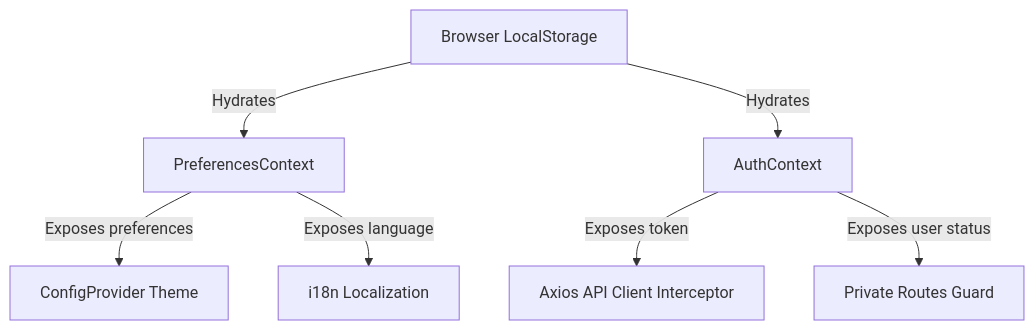
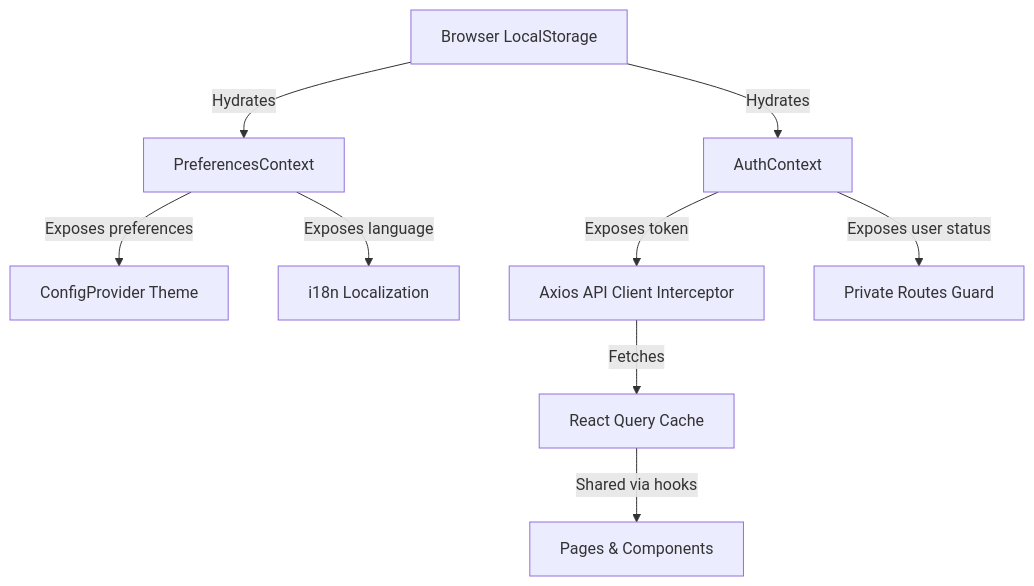
The first of 2 diagrams in docs/architecture.md (nico-iaco/nexabudget-fe), drawn with Mermaid before and after one commit. The commit also changed other lines of this file and 25 other files, not shown here.

````diff
--- a/docs/architecture.md
+++ b/docs/architecture.md
@@ -40,9 +80,11 @@
 ```mermaid
 flowchart TD
     A[Browser LocalStorage] -->|Hydrates| B[PreferencesContext]
     A -->|Hydrates| C[AuthContext]
     B -->|Exposes preferences| D[ConfigProvider Theme]
     B -->|Exposes language| E[i18n Localization]
     C -->|Exposes token| F[Axios API Client Interceptor]
     C -->|Exposes user status| G[Private Routes Guard]
+    F -->|Fetches| H[React Query Cache]
+    H -->|Shared via hooks| I[Pages & Components]
 ```
````
